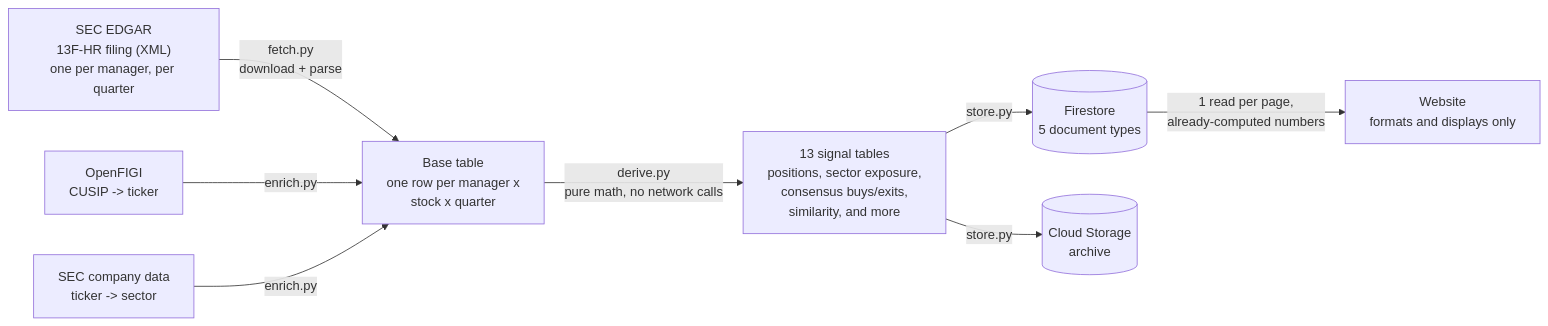
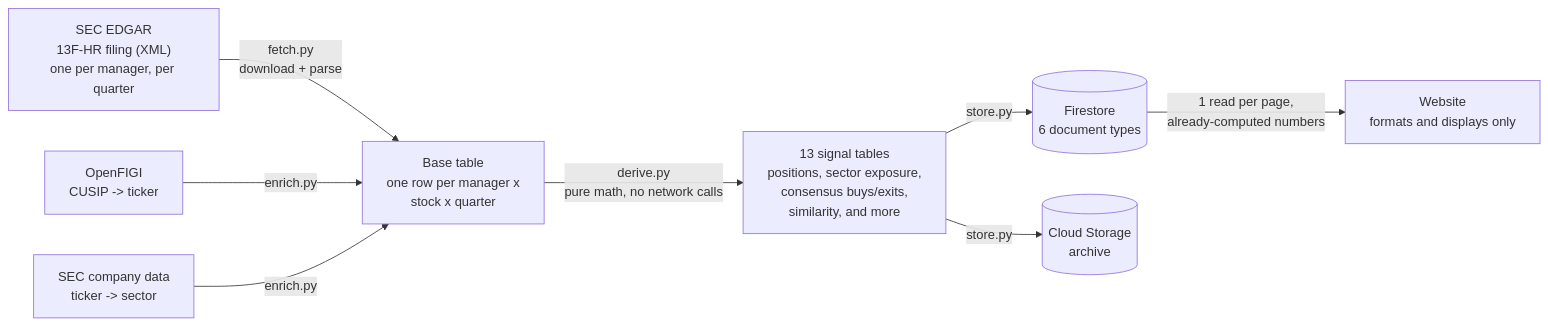
The second of 3 diagrams in docs/ARCHITECTURE.md (zhuy9/13f-dashboard), drawn with Mermaid before and after one commit. The commit also changed other lines of this file and 10 other files, not shown here.

````diff
--- a/docs/ARCHITECTURE.md
+++ b/docs/ARCHITECTURE.md
@@ -78,16 +80,16 @@
 ```mermaid
 flowchart LR
     A["SEC EDGAR\n13F-HR filing (XML)\none per manager, per quarter"]
 
     A -->|"fetch.py\ndownload + parse"| B["Base table\none row per manager x\nstock x quarter"]
 
     C["OpenFIGI\nCUSIP -> ticker"] -->|"enrich.py"| B
     D["SEC company data\nticker -> sector"] -->|"enrich.py"| B
 
     B -->|"derive.py\npure math, no network calls"| E["13 signal tables\npositions, sector exposure,\nconsensus buys/exits,\nsimilarity, and more"]
 
-    E -->|"store.py"| F[("Firestore\n5 document types")]
+    E -->|"store.py"| F[("Firestore\n6 document types")]
     E -->|"store.py"| G[("Cloud Storage\narchive")]
 
     F -->|"1 read per page,\nalready-computed numbers"| H["Website\nformats and displays only"]
 ```
````
